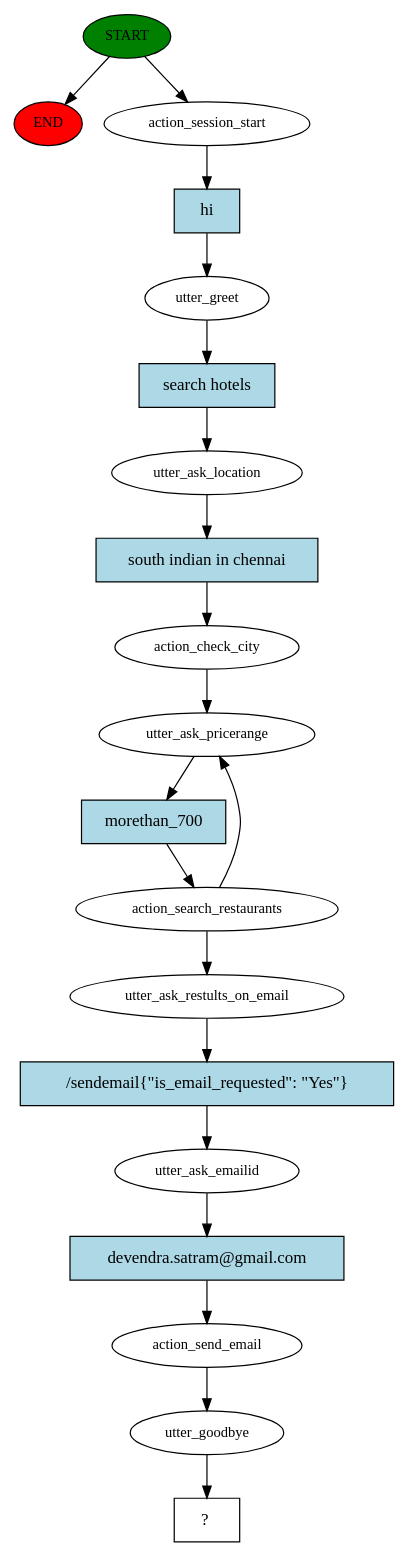
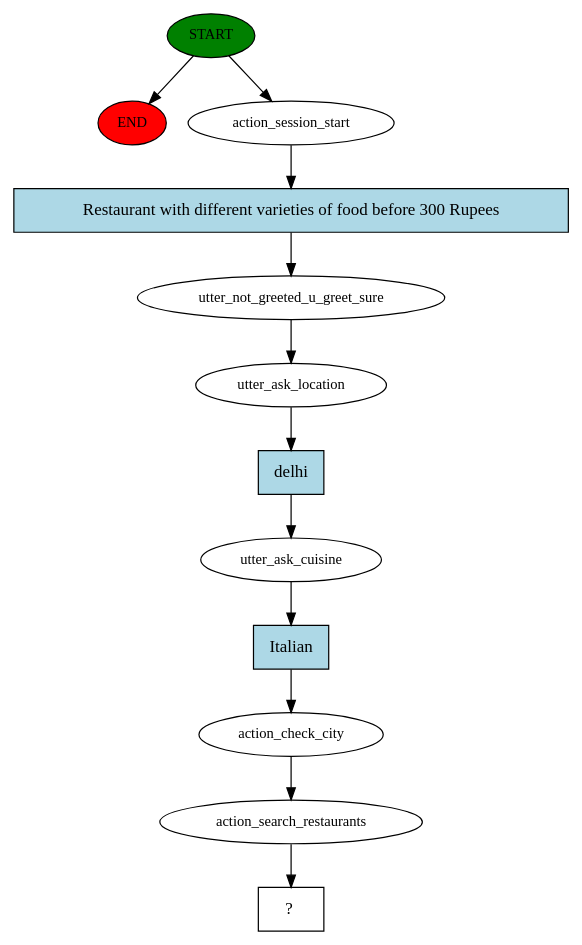
Before and after one commit to devasci/rasa_casestudy: the diagram in story_graph.dot, drawn with Graphviz. The commit also changed 7 other files, not shown here.

```diff
--- a/story_graph.dot
+++ b/story_graph.dot
@@ -1,40 +1,25 @@
 digraph  {
 0 [class="start active", fillcolor=green, fontsize=12, label=START, style=filled];
 "-1" [class=end, fillcolor=red, fontsize=12, label=END, style=filled];
 1 [class=active, fontsize=12, label=action_session_start];
-2 [class=active, fontsize=12, label=utter_greet];
+2 [class=active, fontsize=12, label=utter_not_greeted_u_greet_sure];
 3 [class=active, fontsize=12, label=utter_ask_location];
-4 [class=active, fontsize=12, label=action_check_city];
-5 [class=active, fontsize=12, label=utter_ask_pricerange];
+4 [class=active, fontsize=12, label=utter_ask_cuisine];
+5 [class=active, fontsize=12, label=action_check_city];
 6 [class=active, fontsize=12, label=action_search_restaurants];
-11 [class=active, fontsize=12, label=utter_ask_restults_on_email];
-12 [class=active, fontsize=12, label=utter_ask_emailid];
-13 [class=active, fontsize=12, label=action_send_email];
-14 [class=active, fontsize=12, label=utter_goodbye];
-15 [class="intent dashed active", label="  ?  ", shape=rect];
-16 [class="intent active", fillcolor=lightblue, label=hi, shape=rect, style=filled];
-17 [class="intent active", fillcolor=lightblue, label="search hotels", shape=rect, style=filled];
-18 [class="intent active", fillcolor=lightblue, label="south indian in chennai", shape=rect, style=filled];
-19 [class="intent active", fillcolor=lightblue, label=morethan_700, shape=rect, style=filled];
-20 [class="intent active", fillcolor=lightblue, label="/sendemail{\"is_email_requested\": \"Yes\"}", shape=rect, style=filled];
-21 [class="intent active", fillcolor=lightblue, label="devendra.satram@gmail.com", shape=rect, style=filled];
+7 [class="intent dashed active", label="  ?  ", shape=rect];
+8 [class="intent active", fillcolor=lightblue, label="Restaurant with different varieties of food before 300 Rupees", shape=rect, style=filled];
+9 [class="intent active", fillcolor=lightblue, label=delhi, shape=rect, style=filled];
+10 [class="intent active", fillcolor=lightblue, label=Italian, shape=rect, style=filled];
 0 -> "-1"  [class="", key=NONE, label=""];
 0 -> 1  [class=active, key=NONE, label=""];
-1 -> 16  [class=active, key=0];
-2 -> 17  [class=active, key=0];
-3 -> 18  [class=active, key=0];
-4 -> 5  [class=active, key=NONE, label=""];
-5 -> 19  [class=active, key=0];
-6 -> 5  [class=active, key=NONE, label=""];
-6 -> 11  [class=active, key=NONE, label=""];
-11 -> 20  [class=active, key=0];
-12 -> 21  [class=active, key=0];
-13 -> 14  [class=active, key=NONE, label=""];
-14 -> 15  [class=active, key=NONE, label=""];
-16 -> 2  [class=active, key=0];
-17 -> 3  [class=active, key=0];
-18 -> 4  [class=active, key=0];
-19 -> 6  [class=active, key=0];
-20 -> 12  [class=active, key=0];
-21 -> 13  [class=active, key=0];
+1 -> 8  [class=active, key=0];
+2 -> 3  [class=active, key=NONE, label=""];
+3 -> 9  [class=active, key=0];
+4 -> 10  [class=active, key=0];
+5 -> 6  [class=active, key=NONE, label=""];
+6 -> 7  [class=active, key=NONE, label=""];
+8 -> 2  [class=active, key=0];
+9 -> 4  [class=active, key=0];
+10 -> 5  [class=active, key=0];
 }
```
